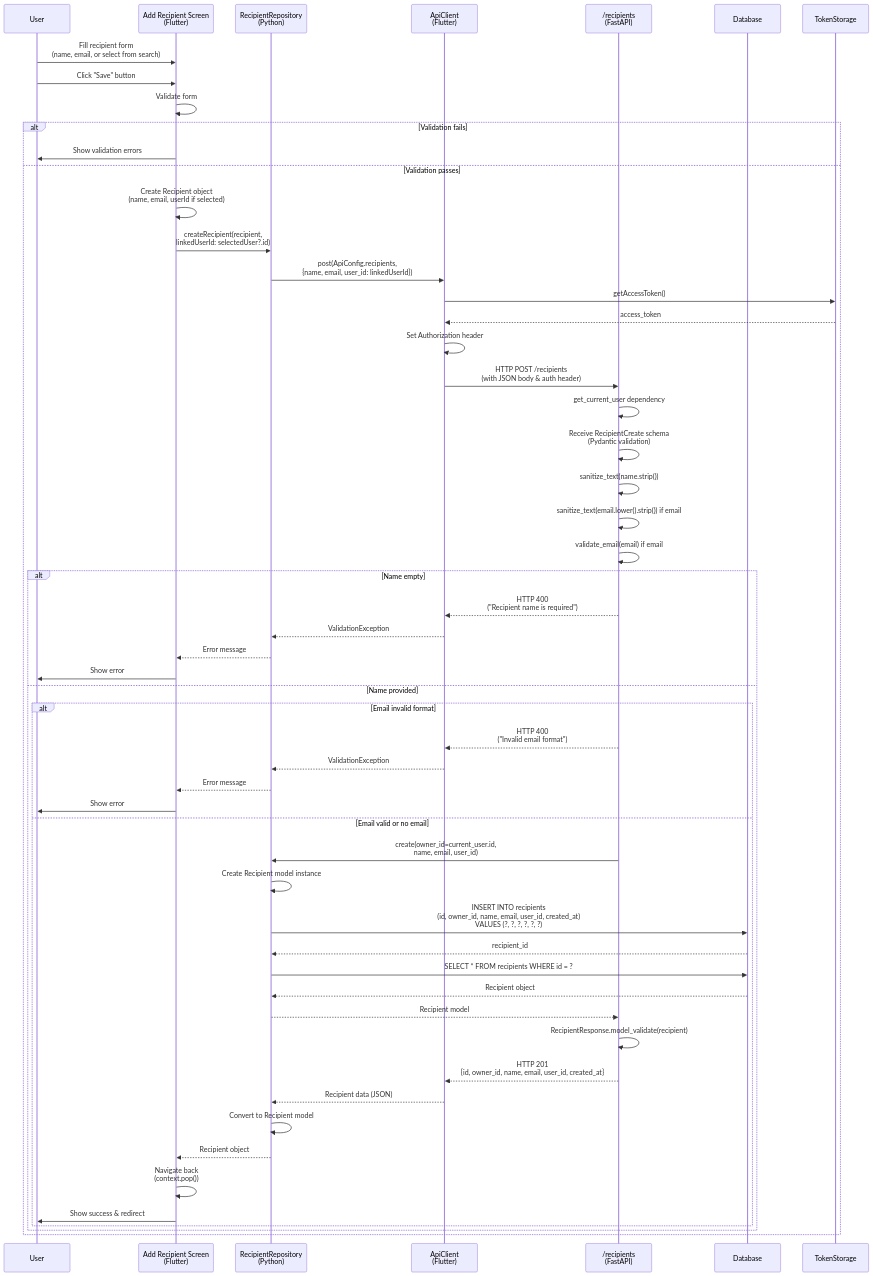
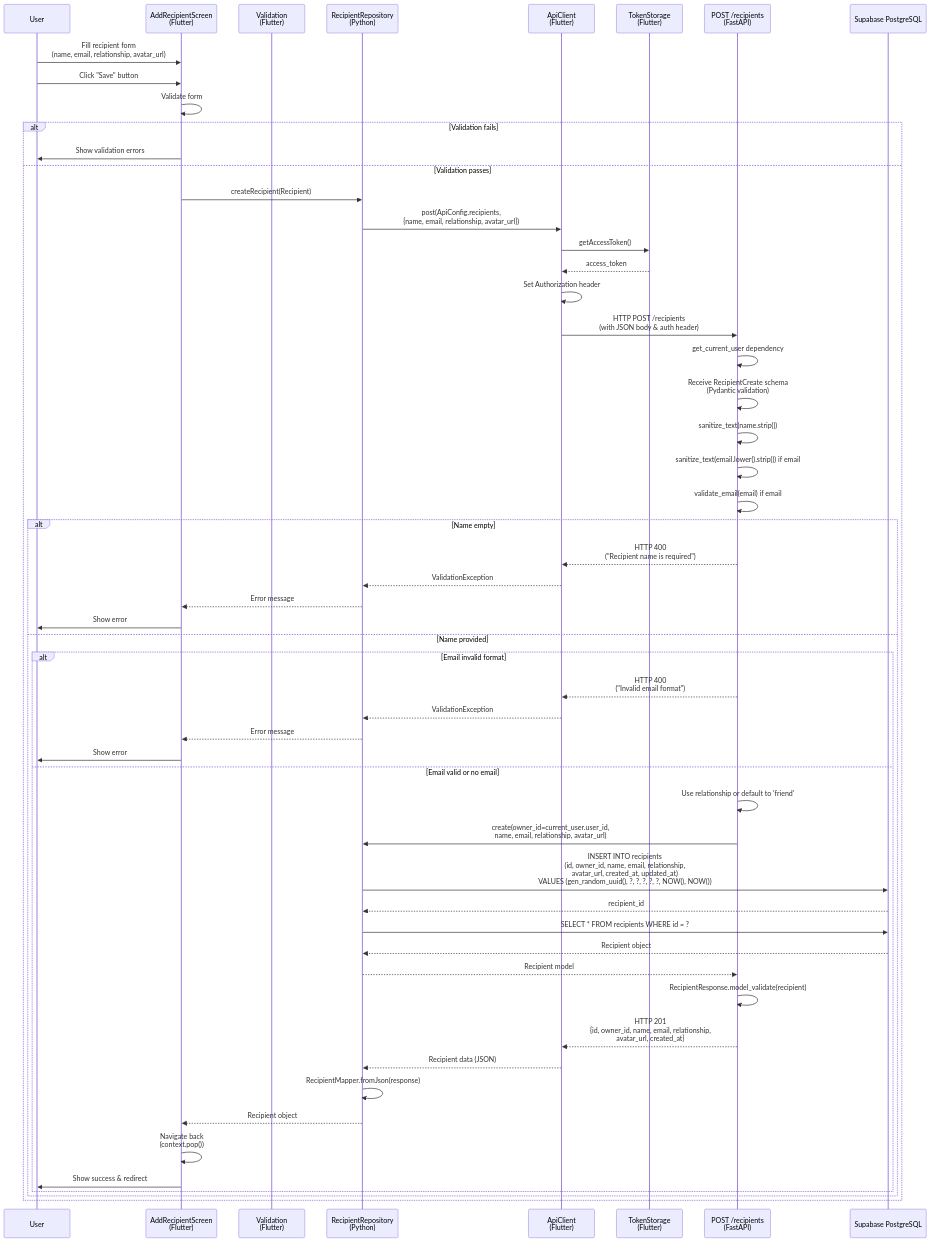
Before and after one commit to sunilkumarvuppala/open-on-app: diagram 11 of 20 in docs/SEQUENCE_DIAGRAMS.md, drawn with Mermaid. The commit also changed other lines of this file and 64 other files, not shown here.

````diff
--- a/docs/SEQUENCE_DIAGRAMS.md
+++ b/docs/SEQUENCE_DIAGRAMS.md
@@ -1035,63 +971,64 @@
 ```mermaid
 sequenceDiagram
     participant User
-    participant AddRecipientScreen as Add Recipient Screen<br/>(Flutter)
-    participant RecipientRepo as RecipientRepository<br/>(Flutter)
+    participant AddRecipientScreen as AddRecipientScreen<br/>(Flutter)
+    participant Validation as Validation<br/>(Flutter)
+    participant RecipientRepo as ApiRecipientRepository<br/>(Flutter)
     participant ApiClient as ApiClient<br/>(Flutter)
-    participant RecipientAPI as /recipients<br/>(FastAPI)
+    participant TokenStorage as TokenStorage<br/>(Flutter)
+    participant RecipientAPI as POST /recipients<br/>(FastAPI)
     participant RecipientRepo as RecipientRepository<br/>(Python)
-    participant DB as Database
+    participant DB as Supabase PostgreSQL
 
-    User->>AddRecipientScreen: Fill recipient form<br/>(name, email, or select from search)
+    User->>AddRecipientScreen: Fill recipient form<br/>(name, email, relationship, avatar_url)
     User->>AddRecipientScreen: Click "Save" button
     AddRecipientScreen->>AddRecipientScreen: Validate form
     
     alt Validation fails
         AddRecipientScreen->>User: Show validation errors
     else Validation passes
-        AddRecipientScreen->>AddRecipientScreen: Create Recipient object<br/>(name, email, userId if selected)
-        AddRecipientScreen->>RecipientRepo: createRecipient(recipient,<br/>linkedUserId: selectedUser?.id)
-        RecipientRepo->>ApiClient: post(ApiConfig.recipients,<br/>{name, email, user_id: linkedUserId})
+        AddRecipientScreen->>RecipientRepo: createRecipient(Recipient)
+        RecipientRepo->>ApiClient: post(ApiConfig.recipients,<br/>{name, email, relationship, avatar_url})
         ApiClient->>TokenStorage: getAccessToken()
         TokenStorage-->>ApiClient: access_token
         ApiClient->>ApiClient: Set Authorization header
         ApiClient->>RecipientAPI: HTTP POST /recipients<br/>(with JSON body & auth header)
         
         RecipientAPI->>RecipientAPI: get_current_user dependency
         RecipientAPI->>RecipientAPI: Receive RecipientCreate schema<br/>(Pydantic validation)
         RecipientAPI->>RecipientAPI: sanitize_text(name.strip())
         RecipientAPI->>RecipientAPI: sanitize_text(email.lower().strip()) if email
         RecipientAPI->>RecipientAPI: validate_email(email) if email
         
         alt Name empty
             RecipientAPI-->>ApiClient: HTTP 400<br/>("Recipient name is required")
             ApiClient-->>RecipientRepo: ValidationException
             RecipientRepo-->>AddRecipientScreen: Error message
             AddRecipientScreen->>User: Show error
         else Name provided
             alt Email invalid format
                 RecipientAPI-->>ApiClient: HTTP 400<br/>("Invalid email format")
                 ApiClient-->>RecipientRepo: ValidationException
                 RecipientRepo-->>AddRecipientScreen: Error message
                 AddRecipientScreen->>User: Show error
             else Email valid or no email
-                RecipientAPI->>RecipientRepo: create(owner_id=current_user.id,<br/>name, email, user_id)
-                RecipientRepo->>RecipientRepo: Create Recipient model instance
-                RecipientRepo->>DB: INSERT INTO recipients<br/>(id, owner_id, name, email, user_id, created_at)<br/>VALUES (?, ?, ?, ?, ?, ?)
+                RecipientAPI->>RecipientAPI: Use relationship or default to 'friend'
+                RecipientAPI->>RecipientRepo: create(owner_id=current_user.user_id,<br/>name, email, relationship, avatar_url)
+                RecipientRepo->>DB: INSERT INTO recipients<br/>(id, owner_id, name, email, relationship,<br/>avatar_url, created_at, updated_at)<br/>VALUES (gen_random_uuid(), ?, ?, ?, ?, ?, NOW(), NOW())
                 DB-->>RecipientRepo: recipient_id
                 RecipientRepo->>DB: SELECT * FROM recipients WHERE id = ?
                 DB-->>RecipientRepo: Recipient object
                 RecipientRepo-->>RecipientAPI: Recipient model
                 
                 RecipientAPI->>RecipientAPI: RecipientResponse.model_validate(recipient)
-                RecipientAPI-->>ApiClient: HTTP 201<br/>{id, owner_id, name, email, user_id, created_at}
+                RecipientAPI-->>ApiClient: HTTP 201<br/>{id, owner_id, name, email, relationship,<br/>avatar_url, created_at}
                 
                 ApiClient-->>RecipientRepo: Recipient data (JSON)
-                RecipientRepo->>RecipientRepo: Convert to Recipient model
+                RecipientRepo->>RecipientRepo: RecipientMapper.fromJson(response)
                 RecipientRepo-->>AddRecipientScreen: Recipient object
                 AddRecipientScreen->>AddRecipientScreen: Navigate back<br/>(context.pop())
                 AddRecipientScreen->>User: Show success & redirect
             end
         end
     end
 ```
````
